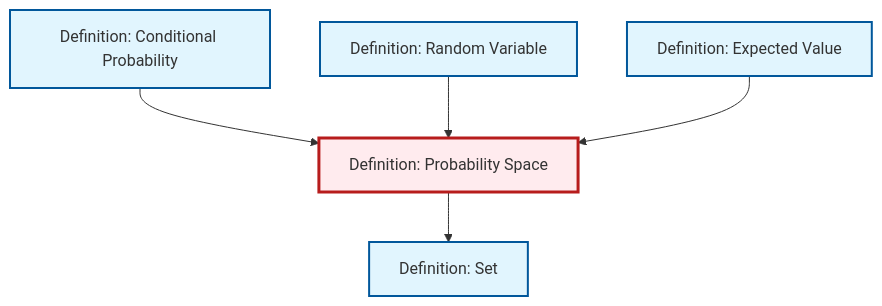
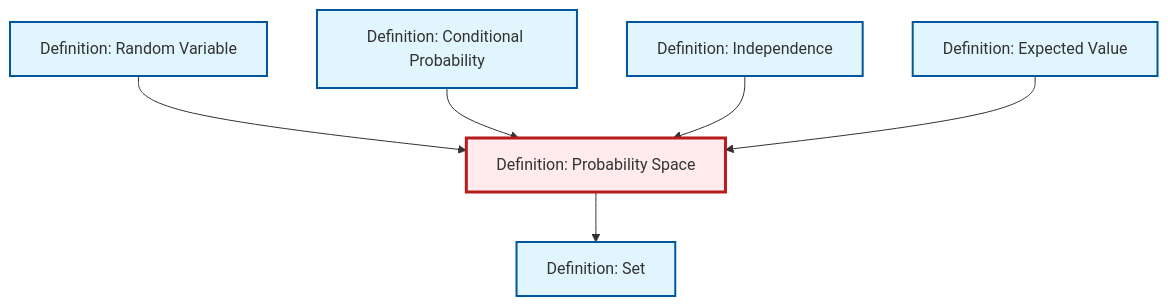
One commit to RK0429/ModernMath changed the diagram in content/ja/probability-statistics/def-probability-space.qmd. Above: the diagram before and after it, drawn with Mermaid. The commit also changed 474 other files, not shown here.

````diff
--- a/content/ja/probability-statistics/def-probability-space.qmd
+++ b/content/ja/probability-statistics/def-probability-space.qmd
@@ -47,23 +47,26 @@
 ```{mermaid}
 %%| fig-cap: "Local dependency graph"
 graph TD
     classDef definition fill:#e1f5fe,stroke:#01579b,stroke-width:2px
     classDef theorem fill:#f3e5f5,stroke:#4a148c,stroke-width:2px
     classDef axiom fill:#fff3e0,stroke:#e65100,stroke-width:2px
     classDef example fill:#e8f5e9,stroke:#1b5e20,stroke-width:2px
     classDef current fill:#ffebee,stroke:#b71c1c,stroke-width:3px
     def-set["Definition: Set"]:::definition
     def-expectation["Definition: Expected Value"]:::definition
+    def-random-variable["Definition: Random Variable"]:::definition
     def-probability-space["Definition: Probability Space"]:::definition
     def-conditional-probability["Definition: Conditional Probability"]:::definition
-    def-random-variable["Definition: Random Variable"]:::definition
+    def-independence["Definition: Independence"]:::definition
+    def-probability-space --> def-set
+    def-random-variable --> def-probability-space
     def-conditional-probability --> def-probability-space
-    def-random-variable --> def-probability-space
+    def-independence --> def-probability-space
     def-expectation --> def-probability-space
-    def-probability-space --> def-set
     class def-probability-space current
     click def-set "def-set.html" "Definition: Setへ"
     click def-expectation "def-expectation.html" "Definition: Expected Valueへ"
+    click def-random-variable "def-random-variable.html" "Definition: Random Variableへ"
     click def-conditional-probability "def-conditional-probability.html" "Definition: Conditional Probabilityへ"
-    click def-random-variable "def-random-variable.html" "Definition: Random Variableへ"
+    click def-independence "def-independence.html" "Definition: Independenceへ"
 ```
````
